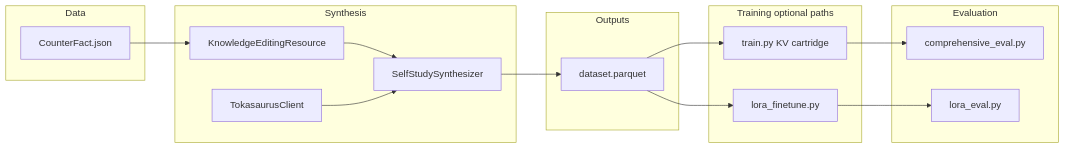
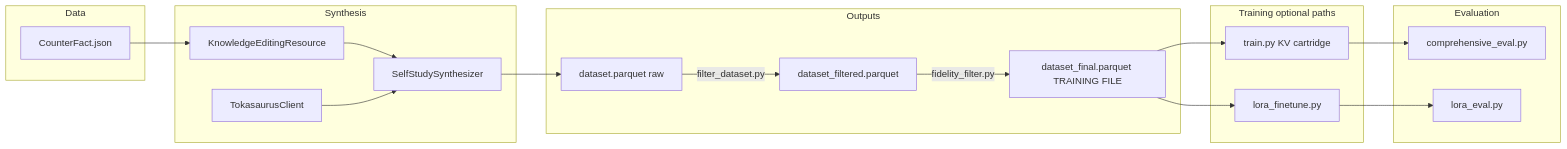
One commit to ixYozora/cartridges changed the diagram in docs/knowledge-editing-self-study.md. Above: the diagram before and after it, drawn with Mermaid. The commit also changed other lines of this file and 2 other files, not shown here.

````diff
--- a/docs/knowledge-editing-self-study.md
+++ b/docs/knowledge-editing-self-study.md
@@ -21,30 +21,34 @@
 ```mermaid
 flowchart LR
   subgraph data [Data]
     CF[CounterFact.json]
   end
   subgraph synth [Synthesis]
     KER[KnowledgeEditingResource]
     SSS[SelfStudySynthesizer]
     TC[TokasaurusClient]
   end
   subgraph out [Outputs]
-    PQ[dataset.parquet]
+    PQ[dataset.parquet raw]
+    PQF[dataset_filtered.parquet]
+    PQN[dataset_final.parquet TRAINING FILE]
   end
   subgraph train [Training optional paths]
     LORA[lora_finetune.py]
     TRAIN[train.py KV cartridge]
   end
   subgraph eval [Evaluation]
     CE[comprehensive_eval.py]
     LE[lora_eval.py]
   end
   CF --> KER
   KER --> SSS
   TC --> SSS
   SSS --> PQ
-  PQ --> LORA
-  PQ --> TRAIN
+  PQ -->|filter_dataset.py| PQF
+  PQF -->|fidelity_filter.py| PQN
+  PQN --> LORA
+  PQN --> TRAIN
   LORA --> LE
   TRAIN --> CE
 ```
````
